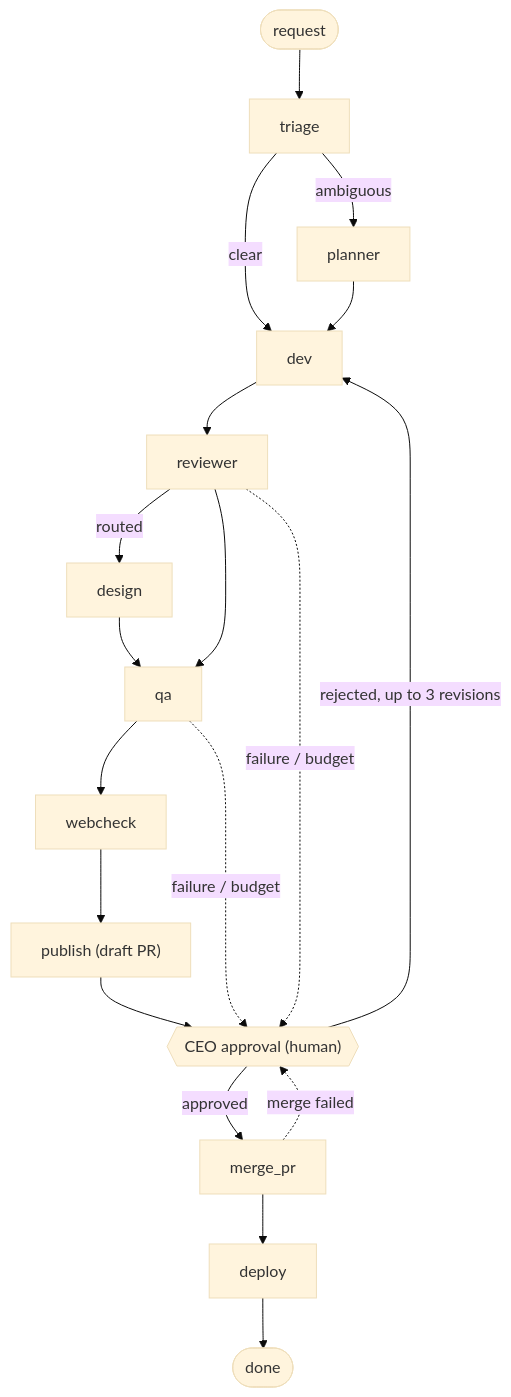
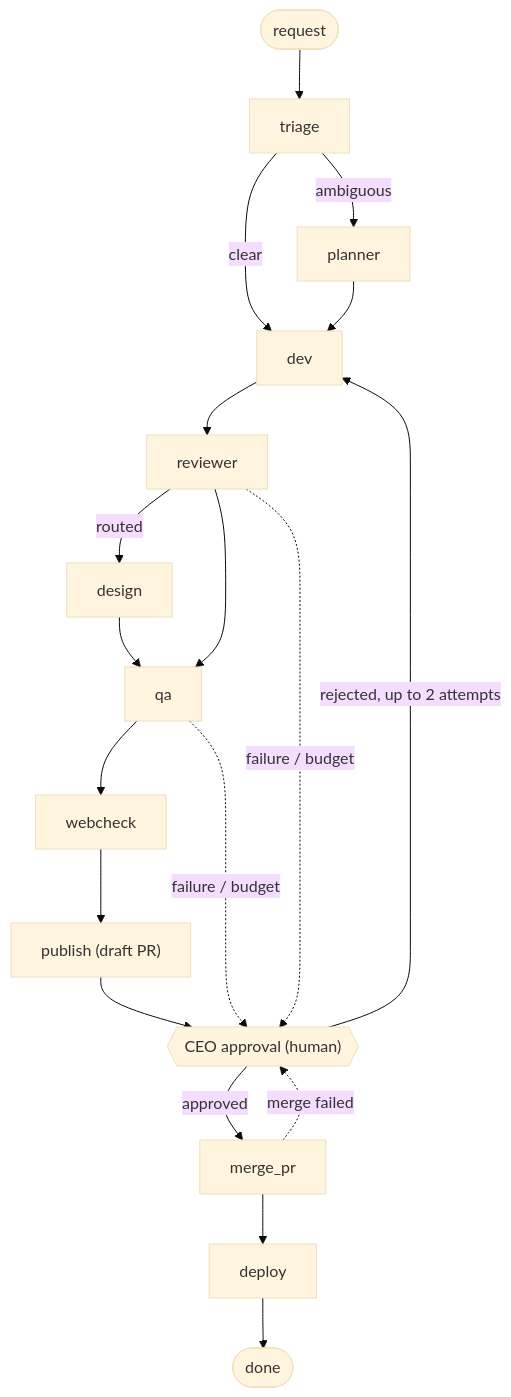
One commit to venturelli-91/agent-softhouse-orchestrator changed the diagram in README.md. Above: the diagram before and after it, drawn with Mermaid (base theme). The commit also changed other lines of this file and 7 other files, not shown here.

````diff
--- a/README.md
+++ b/README.md
@@ -17,21 +17,21 @@
 ```mermaid
 flowchart TD
     S([request]) --> triage
     triage -->|clear| dev
     triage -->|ambiguous| planner
     planner --> dev
     dev --> reviewer
     reviewer -->|routed| design
     reviewer --> qa
     design --> qa
     qa --> webcheck
     webcheck --> publish["publish (draft PR)"]
     publish --> gate{{"CEO approval (human)"}}
     reviewer -.->|failure / budget| gate
     qa -.->|failure / budget| gate
-    gate -->|rejected, up to 3 revisions| dev
+    gate -->|rejected, up to 2 attempts| dev
     gate -->|approved| merge_pr
     merge_pr --> deploy
     deploy --> E([done])
     merge_pr -.->|merge failed| gate
 ```
````
